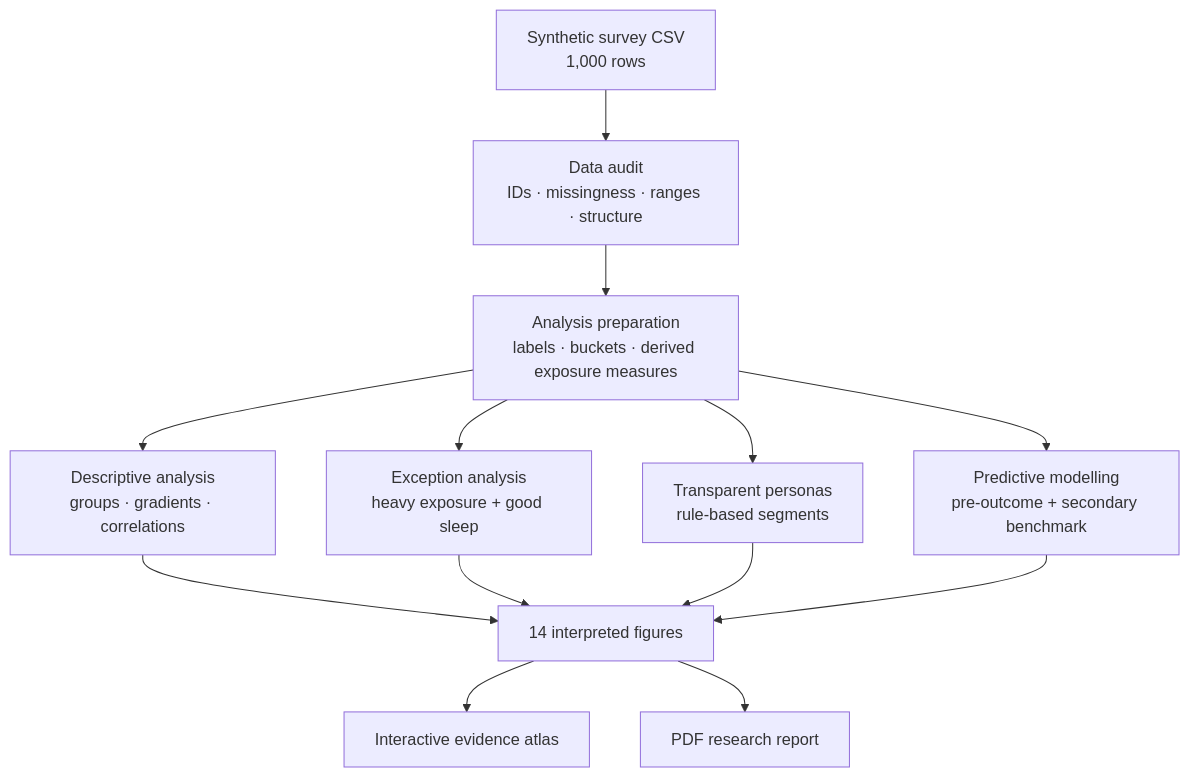
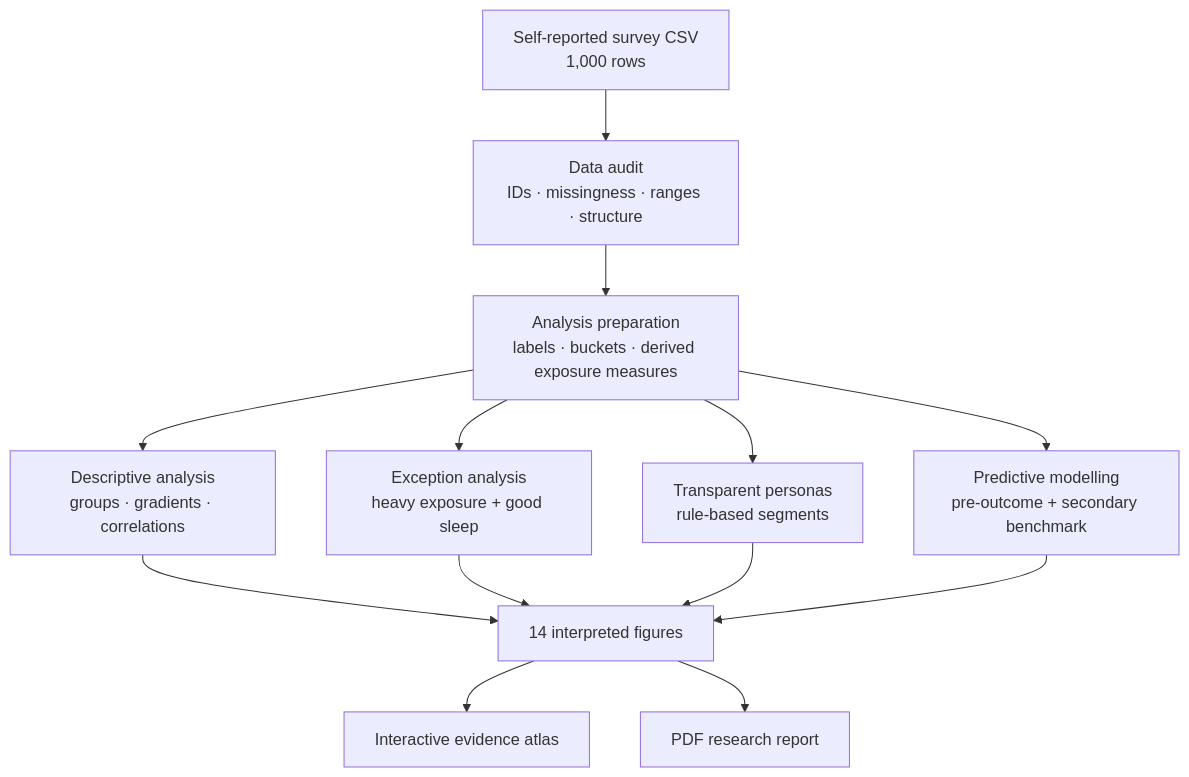
Before and after one commit to SaiGrover/night-signals-doomscrolling-analysis: the second of 3 diagrams in README.md, drawn with Mermaid. The commit also changed other lines of this file and 34 other files, not shown here.

Commit message:
Add real NHANES + PhysioNet external evidence layers (RQ5); reframe primary data as self-reported survey

````diff
--- a/README.md
+++ b/README.md
@@ -102,15 +103,15 @@
 ```mermaid
 flowchart TD
-    CSV["Synthetic survey CSV<br/>1,000 rows"] --> AUDIT["Data audit<br/>IDs · missingness · ranges · structure"]
+    CSV["Self-reported survey CSV<br/>1,000 rows"] --> AUDIT["Data audit<br/>IDs · missingness · ranges · structure"]
     AUDIT --> PREP["Analysis preparation<br/>labels · buckets · derived exposure measures"]
     PREP --> EDA["Descriptive analysis<br/>groups · gradients · correlations"]
     PREP --> EXC["Exception analysis<br/>heavy exposure + good sleep"]
     PREP --> PERSONA["Transparent personas<br/>rule-based segments"]
     PREP --> MODEL["Predictive modelling<br/>pre-outcome + secondary benchmark"]
     EDA --> FIG["14 interpreted figures"]
     EXC --> FIG
     PERSONA --> FIG
     MODEL --> FIG
     FIG --> ATLAS["Interactive evidence atlas"]
     FIG --> REPORT["PDF research report"]
 ```
````
